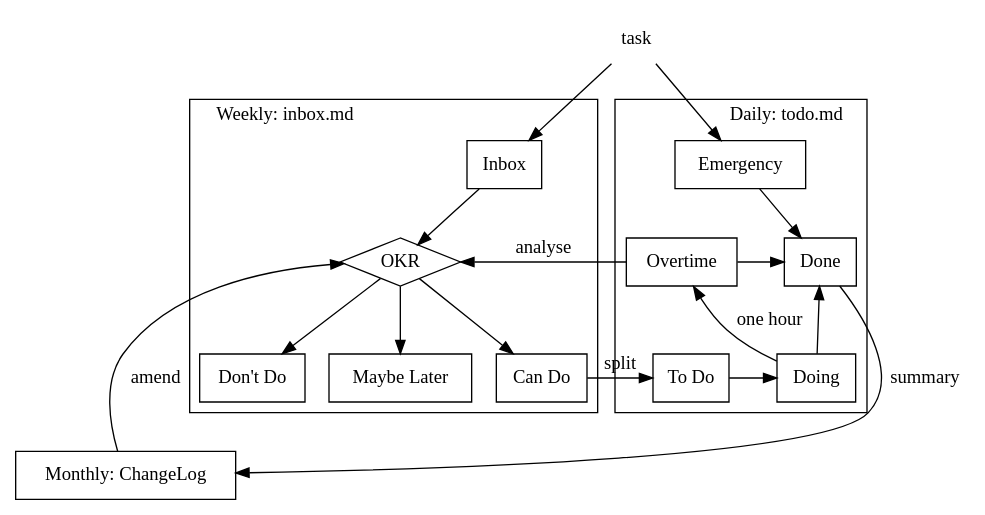
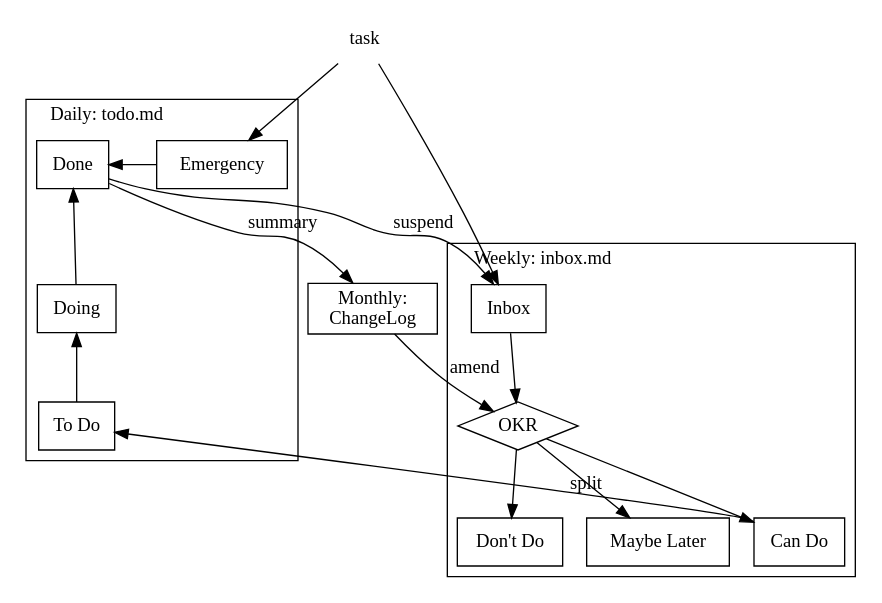
One commit to cf020031308/cf020031308.github.io changed the diagram in blog/a-brief-history-of-my-task-management/readme.md. Above: the diagram before and after it, drawn with Graphviz. The commit also changed other lines of this file, not shown here.

````diff
--- a/blog/a-brief-history-of-my-task-management/readme.md
+++ b/blog/a-brief-history-of-my-task-management/readme.md
@@ -124,34 +123,30 @@
 ```dot
 digraph {
-    task [shape=none];
     node[shape=box];
     subgraph cluster_inbox {
         label="Weekly: inbox.md";
         labeljust=l;
         OKR[shape=diamond];
         dont[label="Don't Do"];
         later[label="Maybe Later"];
         can[label="Can Do"];
         Inbox -> OKR -> {dont; later; can}
     }
     subgraph cluster_todo {
         label="Daily: todo.md";
-        labeljust=r;
+        labeljust=l;
         todo[label="To Do"];
-        Emergency -> Done;
-        { rank=same; Overtime -> Done; }
-        Overtime -> Doing [label="one hour", dir=back];
-        Done -> Doing [dir=back];
-        { rank=same; todo -> Doing; }
+        { rank=same; Done -> Emergency [dir=back]; }
+        Done -> Doing -> todo [dir=back];
     }
     task -> { Inbox; Emergency; }
+    task [shape=none];
     can -> todo [constraint=false, label="split"];
-    Overtime -> OKR [constraint=false, label="analyse"];
-    log [label="Monthly: ChangeLog"]
-    can -> log [style=invis];
-    Done -> log [constraint=false, label="summary"];
-    OKR -> log [dir=back, label="amend"];
+    Done -> Inbox [constraint=false, label="suspend"];
+    log [label="Monthly:\nChangeLog"]
+    Done -> log [label="summary"];
+    log -> OKR [label="amend"];
 }
 
 
 ```
````
